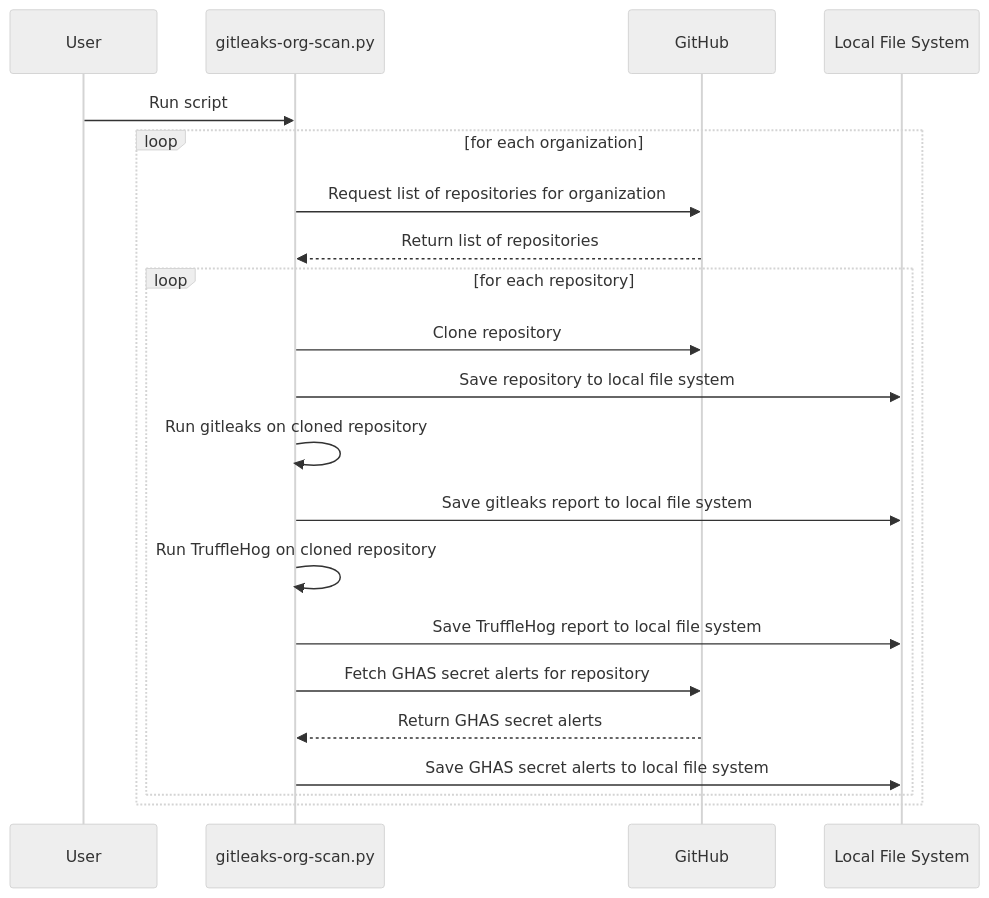
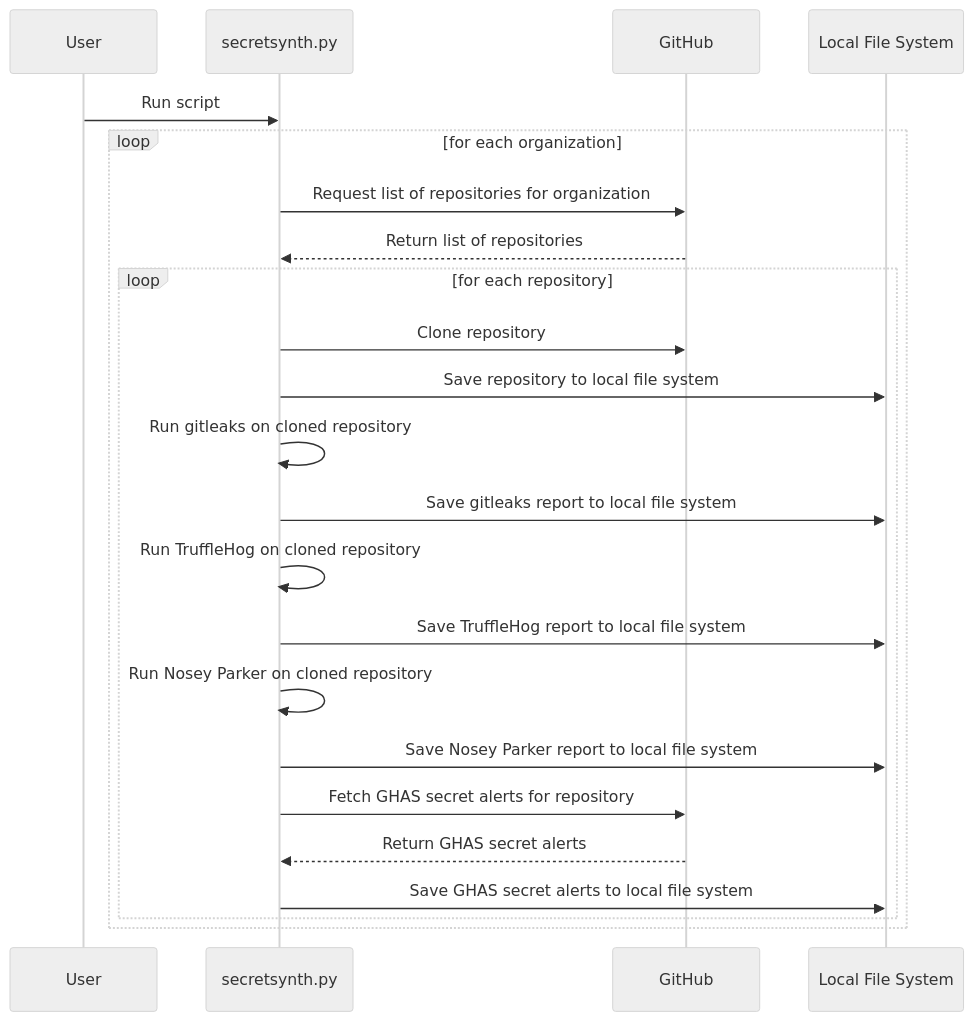
The diagram in README.md (austimkelly/secretsynth), drawn with Mermaid (neutral theme) before and after one commit. The commit also changed other lines of this file and 3 other files, not shown here.

````diff
--- a/README.md
+++ b/README.md
@@ -124,23 +126,25 @@
 ```mermaid
 sequenceDiagram
   participant User
-  participant Script as gitleaks-org-scan.py
+  participant Script as secretsynth.py
   participant GitHub
   participant FileSystem as Local File System
   User->>Script: Run script
   loop for each organization
     Script->>GitHub: Request list of repositories for organization
     GitHub-->>Script: Return list of repositories
     loop for each repository
       Script->>GitHub: Clone repository
       Script->>FileSystem: Save repository to local file system
       Script->>Script: Run gitleaks on cloned repository
       Script->>FileSystem: Save gitleaks report to local file system
       Script->>Script: Run TruffleHog on cloned repository
       Script->>FileSystem: Save TruffleHog report to local file system
+      Script->>Script: Run Nosey Parker on cloned repository
+      Script->>FileSystem: Save Nosey Parker report to local file system
       Script->>GitHub: Fetch GHAS secret alerts for repository
       GitHub-->>Script: Return GHAS secret alerts
       Script->>FileSystem: Save GHAS secret alerts to local file system
     end
   end
 ```
````
